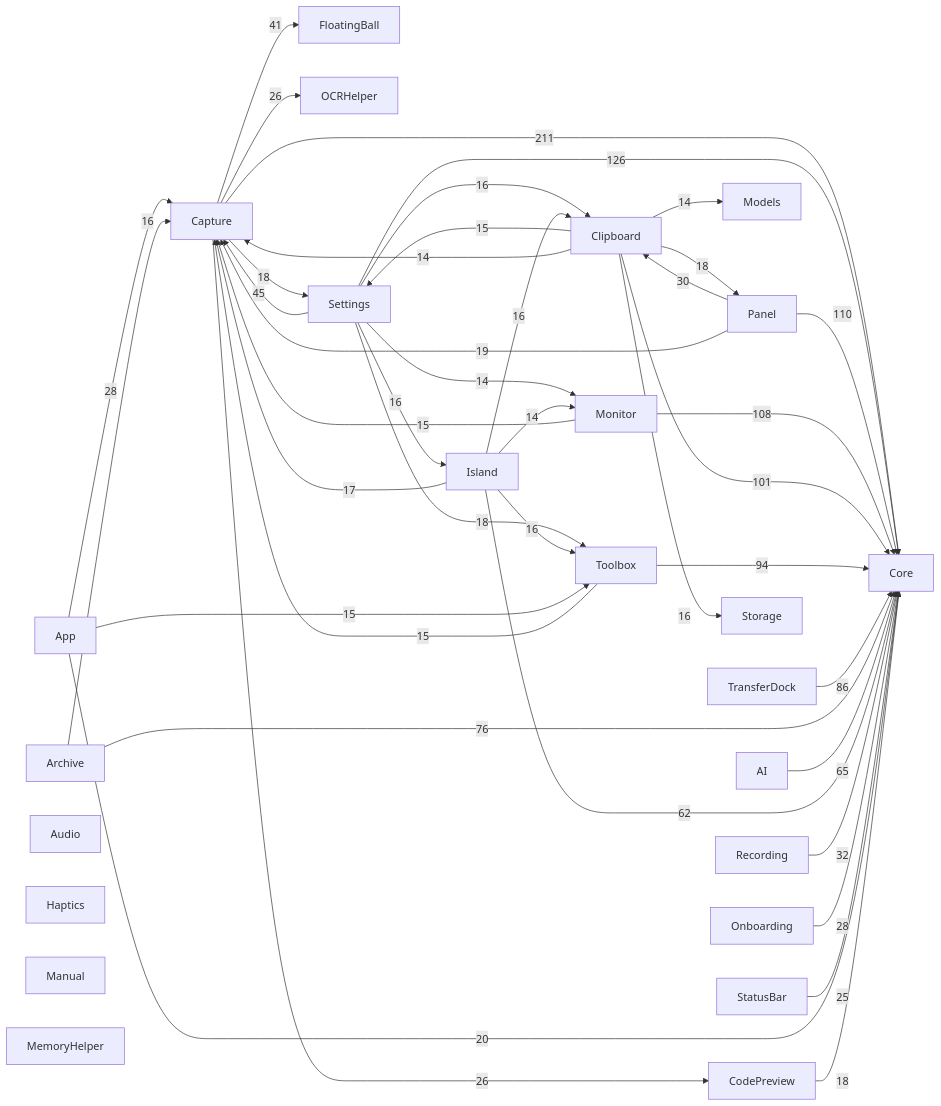
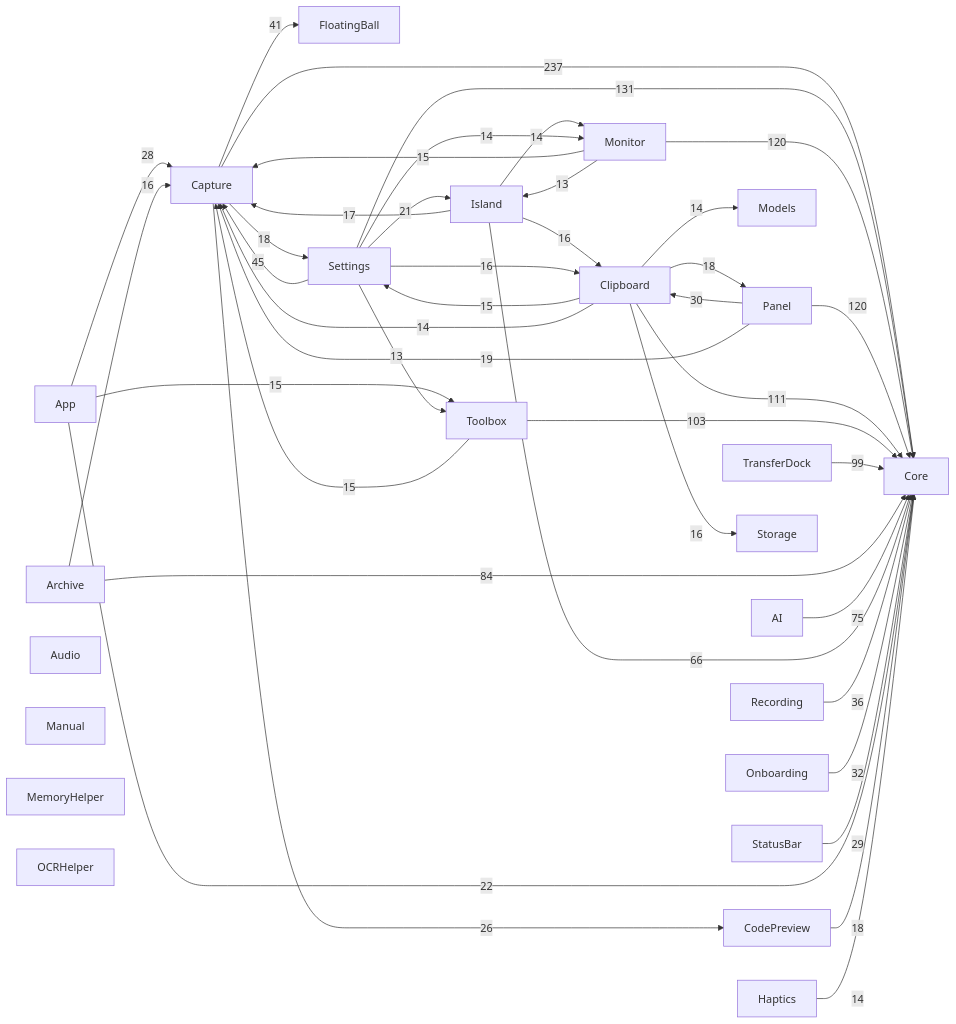
One commit to sxyq/Kitnest changed the diagram in docs/00-总览/模块依赖图.md. Above: the diagram before and after it, drawn with Mermaid. The commit also changed other lines of this file and 5 other files, not shown here.

````diff
--- a/docs/00-总览/模块依赖图.md
+++ b/docs/00-总览/模块依赖图.md
@@ -38,67 +38,67 @@
 ```mermaid
 flowchart LR
   M0["AI"]
   M1["App"]
   M2["Archive"]
   M3["Audio"]
   M4["Capture"]
   M5["Clipboard"]
   M6["CodePreview"]
   M7["Core"]
   M8["FloatingBall"]
   M9["Haptics"]
   M10["Island"]
   M11["Manual"]
   M12["MemoryHelper"]
   M13["Models"]
   M14["Monitor"]
   M15["OCRHelper"]
   M16["Onboarding"]
   M17["Panel"]
   M18["Recording"]
   M19["Settings"]
   M20["StatusBar"]
   M21["Storage"]
   M22["Toolbox"]
   M23["TransferDock"]
-  M4 -->|211| M7
-  M19 -->|126| M7
-  M17 -->|110| M7
-  M14 -->|108| M7
-  M5 -->|101| M7
-  M22 -->|94| M7
-  M23 -->|86| M7
-  M2 -->|76| M7
-  M0 -->|65| M7
-  M10 -->|62| M7
+  M4 -->|237| M7
+  M19 -->|131| M7
+  M14 -->|120| M7
+  M17 -->|120| M7
+  M5 -->|111| M7
+  M22 -->|103| M7
+  M23 -->|99| M7
+  M2 -->|84| M7
+  M0 -->|75| M7
+  M10 -->|66| M7
   M19 -->|45| M4
   M4 -->|41| M8
-  M18 -->|32| M7
+  M18 -->|36| M7
+  M16 -->|32| M7
   M17 -->|30| M5
+  M20 -->|29| M7
   M1 -->|28| M4
-  M16 -->|28| M7
-  M4 -->|26| M15
   M4 -->|26| M6
-  M20 -->|25| M7
-  M1 -->|20| M7
+  M1 -->|22| M7
+  M19 -->|21| M10
   M17 -->|19| M4
-  M19 -->|18| M22
   M4 -->|18| M19
+  M5 -->|18| M17
   M6 -->|18| M7
-  M5 -->|18| M17
   M10 -->|17| M4
+  M2 -->|16| M4
+  M5 -->|16| M21
+  M10 -->|16| M5
   M19 -->|16| M5
-  M19 -->|16| M10
-  M2 -->|16| M4
-  M10 -->|16| M22
-  M10 -->|16| M5
-  M5 -->|16| M21
   M1 -->|15| M22
+  M5 -->|15| M19
   M14 -->|15| M4
   M22 -->|15| M4
-  M5 -->|15| M19
+  M5 -->|14| M13
+  M5 -->|14| M4
+  M9 -->|14| M7
+  M10 -->|14| M14
   M19 -->|14| M14
-  M10 -->|14| M14
-  M5 -->|14| M4
-  M5 -->|14| M13
+  M14 -->|13| M10
+  M19 -->|13| M22
 ```
````
